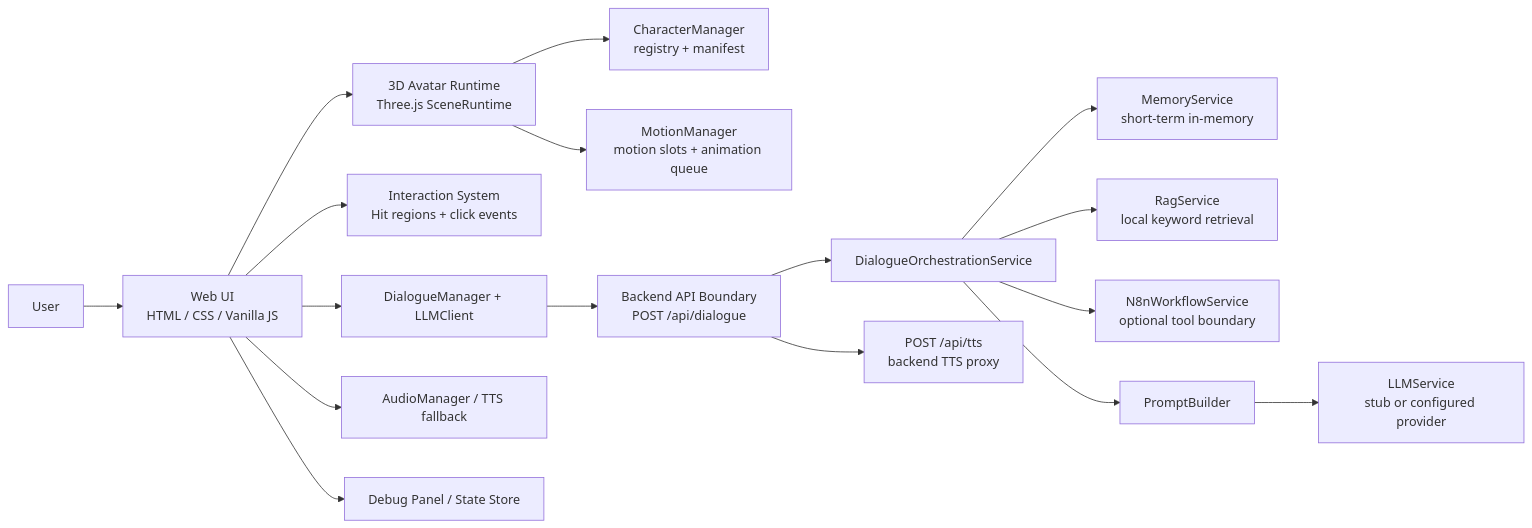
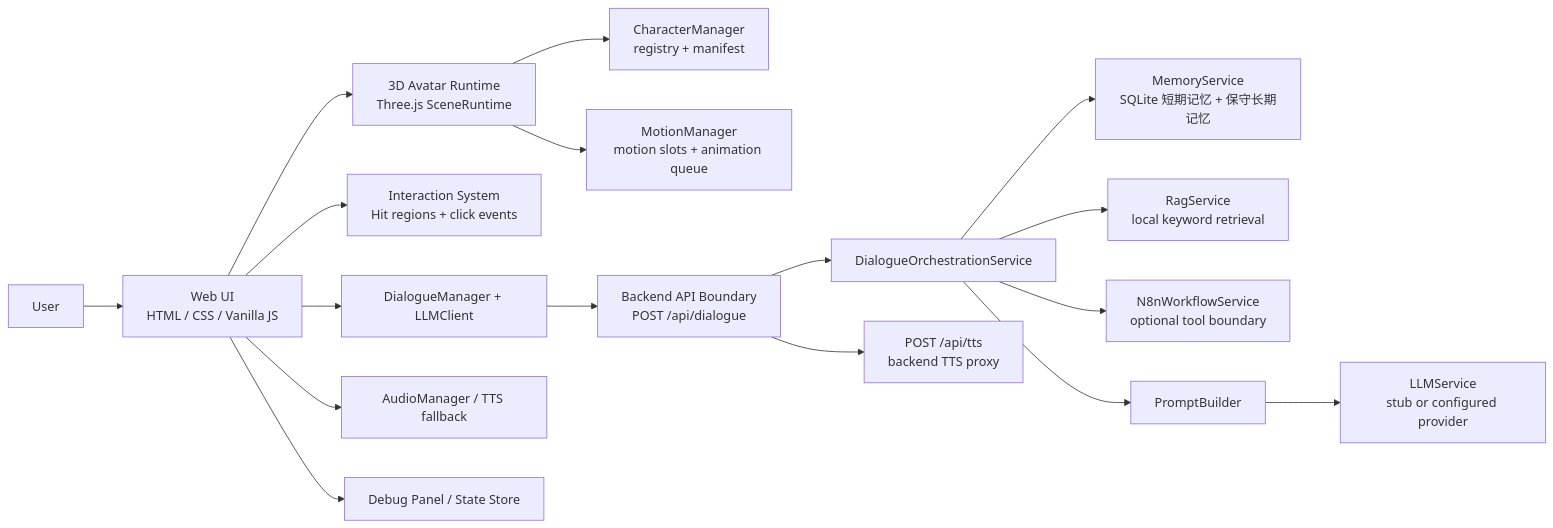
The diagram in README.zh-CN.md (fangwendongcs/AI_Companion_alice), drawn with Mermaid before and after one commit. The commit also changed other lines of this file and 17 other files, not shown here.

Commit message:
feat: add conservative long-term memory flow

````diff
--- a/README.zh-CN.md
+++ b/README.zh-CN.md
@@ -29,22 +29,22 @@
 ```mermaid
 flowchart LR
   User["User"] --> UI["Web UI<br/>HTML / CSS / Vanilla JS"]
   UI --> Avatar["3D Avatar Runtime<br/>Three.js SceneRuntime"]
   UI --> Interaction["Interaction System<br/>Hit regions + click events"]
   UI --> Dialogue["DialogueManager + LLMClient"]
   UI --> Audio["AudioManager / TTS fallback"]
   UI --> Debug["Debug Panel / State Store"]
 
   Avatar --> Character["CharacterManager<br/>registry + manifest"]
   Avatar --> Motion["MotionManager<br/>motion slots + animation queue"]
 
   Dialogue --> API["Backend API Boundary<br/>POST /api/dialogue"]
   API --> Orchestrator["DialogueOrchestrationService"]
-  Orchestrator --> Memory["MemoryService<br/>short-term in-memory"]
+  Orchestrator --> Memory["MemoryService<br/>SQLite 短期记忆 + 保守长期记忆"]
   Orchestrator --> RAG["RagService<br/>local keyword retrieval"]
   Orchestrator --> Workflow["N8nWorkflowService<br/>optional tool boundary"]
   Orchestrator --> Prompt["PromptBuilder"]
   Prompt --> LLM["LLMService<br/>stub or configured provider"]
 
   API --> TTS["POST /api/tts<br/>backend TTS proxy"]
 ```
````
